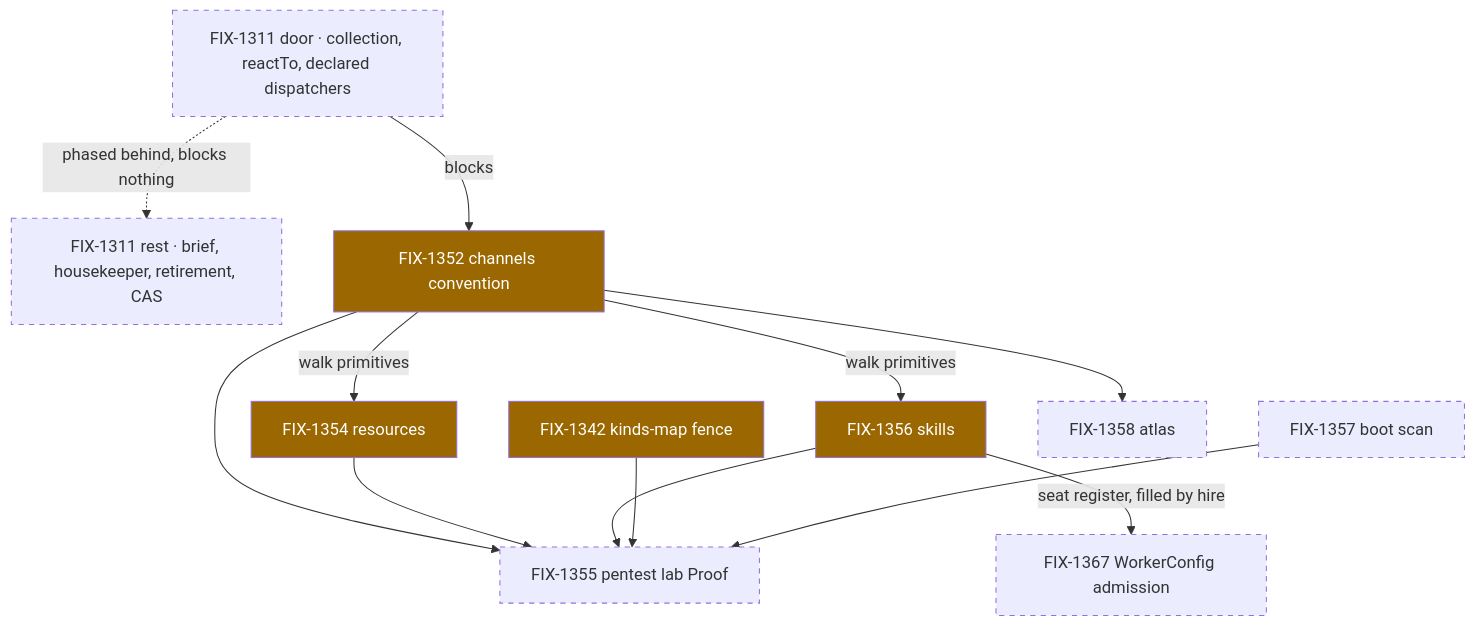
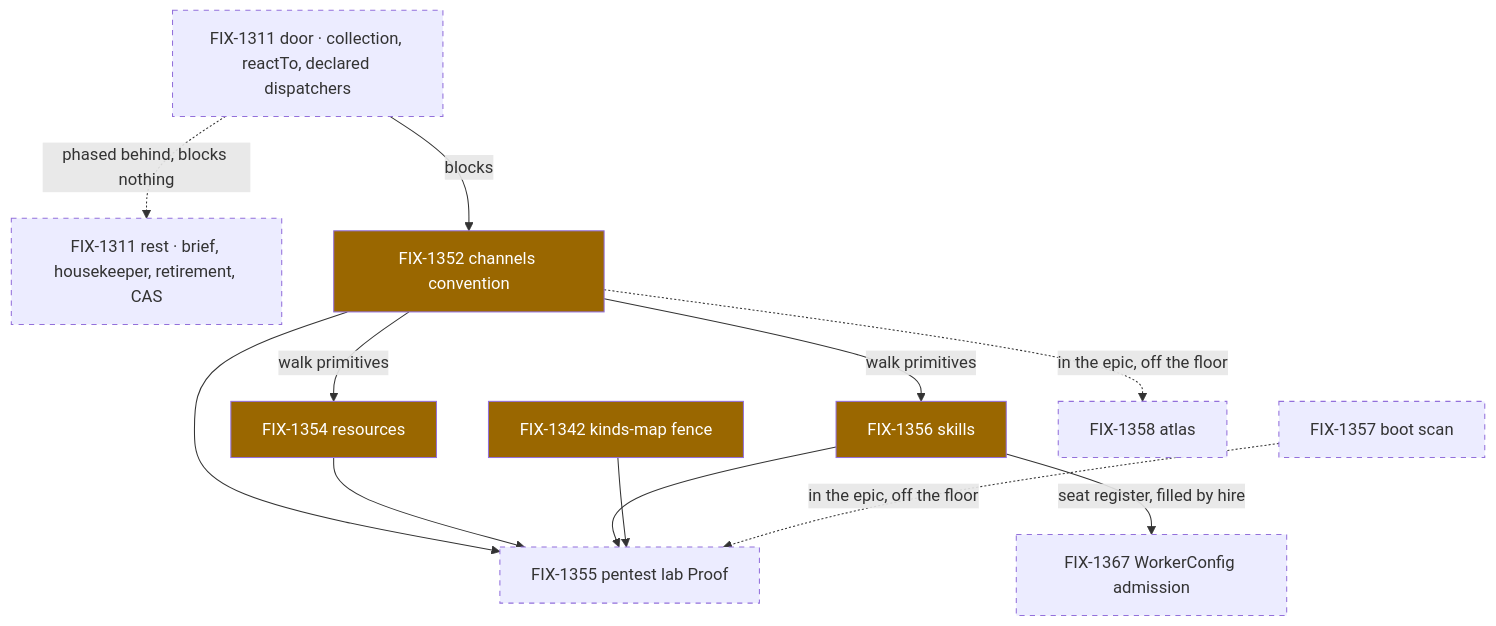
One commit to fixpoint-labs/flow-state-dev changed the third of 3 diagrams in spec/_epics/file-convention-surface.explainer.md. Above: the diagram before and after it, drawn with Mermaid. The commit also changed other lines of this file and 1 other file, not shown here.

````diff
--- a/spec/_epics/file-convention-surface.explainer.md
+++ b/spec/_epics/file-convention-surface.explainer.md
@@ -50,28 +48,28 @@
 ```mermaid
 flowchart TD
   DOOR["FIX-1311 door · collection, reactTo, declared dispatchers"]
   REST["FIX-1311 rest · brief, housekeeper, retirement, CAS"]
   CH["FIX-1352 channels convention"]
   RES["FIX-1354 resources"]
   SK["FIX-1356 skills"]
   K["FIX-1342 kinds-map fence"]
   BOOT["FIX-1357 boot scan"]
   LAB["FIX-1355 pentest lab Proof"]
   ATL["FIX-1358 atlas"]
   CFG["FIX-1367 WorkerConfig admission"]
   DOOR -->|blocks| CH
   DOOR -.->|"phased behind, blocks nothing"| REST
   CH -->|walk primitives| RES
   CH -->|walk primitives| SK
   CH --> LAB
   RES --> LAB
   SK --> LAB
   K --> LAB
-  BOOT --> LAB
-  CH --> ATL
+  BOOT -.->|"in the epic, off the floor"| LAB
+  CH -.->|"in the epic, off the floor"| ATL
   SK -->|"seat register, filled by hire"| CFG
   classDef inflight fill:#9a6700,color:#fff
   classDef todo stroke-dasharray:5 5
   class CH,RES,SK,K inflight
   class DOOR,REST,LAB,ATL,BOOT,CFG todo
 ```
````
